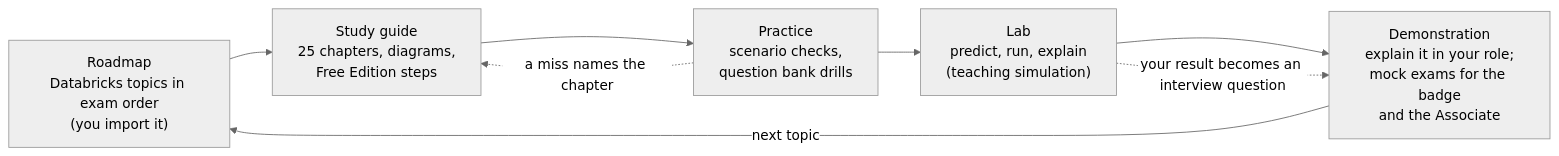
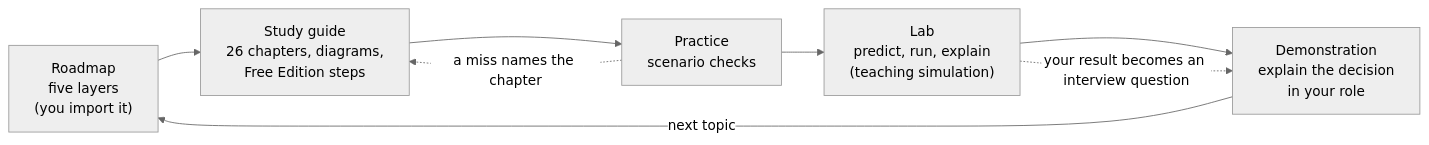
Before and after one commit to getnimishk/PrepBench: the diagram in docs/implementation/DATABRICKS-GAP-REPORT.md, drawn with Mermaid (neutral theme). The commit also changed other lines of this file and 2 other files, not shown here.

First line of the commit message:
Make Databricks a skill track for leading a migration

````diff
--- a/docs/implementation/DATABRICKS-GAP-REPORT.md
+++ b/docs/implementation/DATABRICKS-GAP-REPORT.md
@@ -188,10 +130,10 @@
 ```mermaid
 flowchart LR
-  R["Roadmap<br/>Databricks topics in exam order<br/>(you import it)"] --> G["Study guide<br/>25 chapters, diagrams,<br/>Free Edition steps"]
-  G --> P["Practice<br/>scenario checks,<br/>question bank drills"]
+  R["Roadmap<br/>five layers<br/>(you import it)"] --> G["Study guide<br/>26 chapters, diagrams,<br/>Free Edition steps"]
+  G --> P["Practice<br/>scenario checks"]
   P --> L["Lab<br/>predict, run, explain<br/>(teaching simulation)"]
-  L --> D["Demonstration<br/>explain it in your role;<br/>mock exams for the badge<br/>and the Associate"]
+  L --> D["Demonstration<br/>explain the decision<br/>in your role"]
   D -->|"next topic"| R
   P -. "a miss names the chapter" .-> G
   L -. "your result becomes an interview question" .-> D
 ```
````
